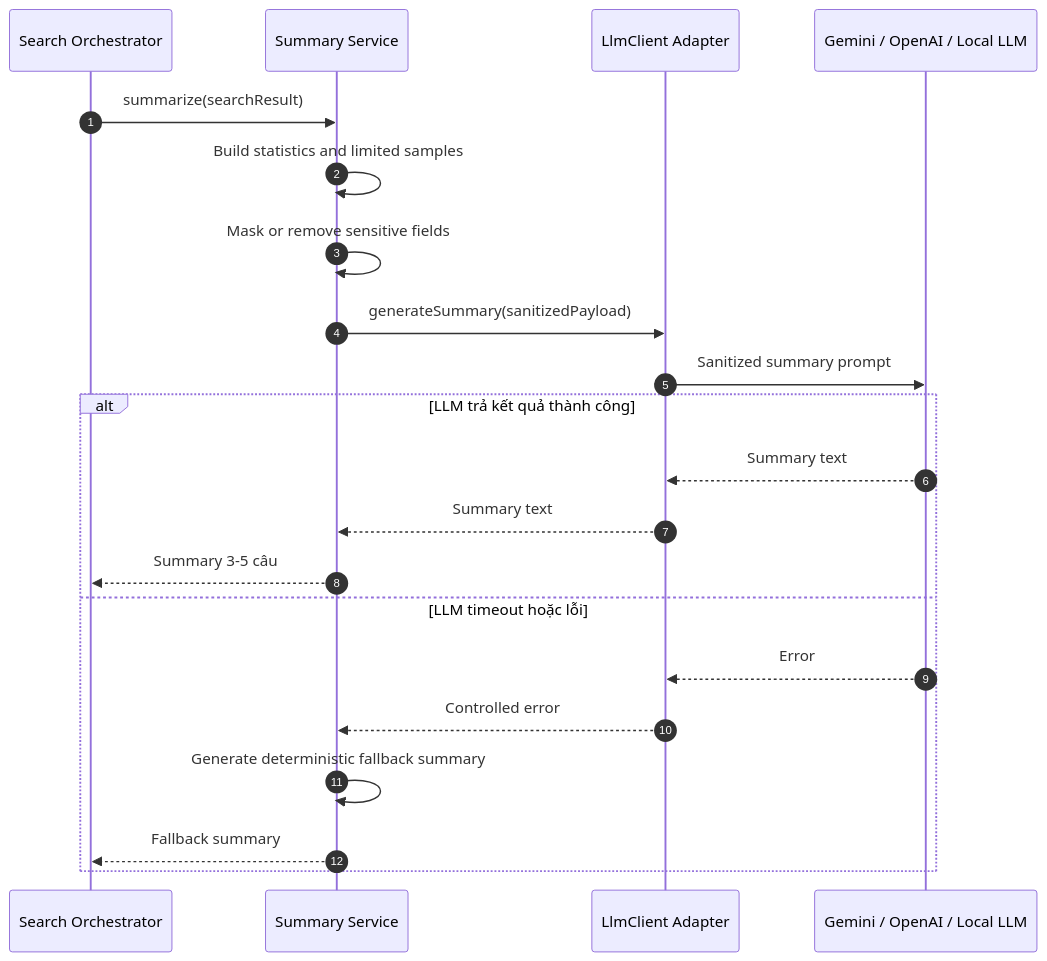
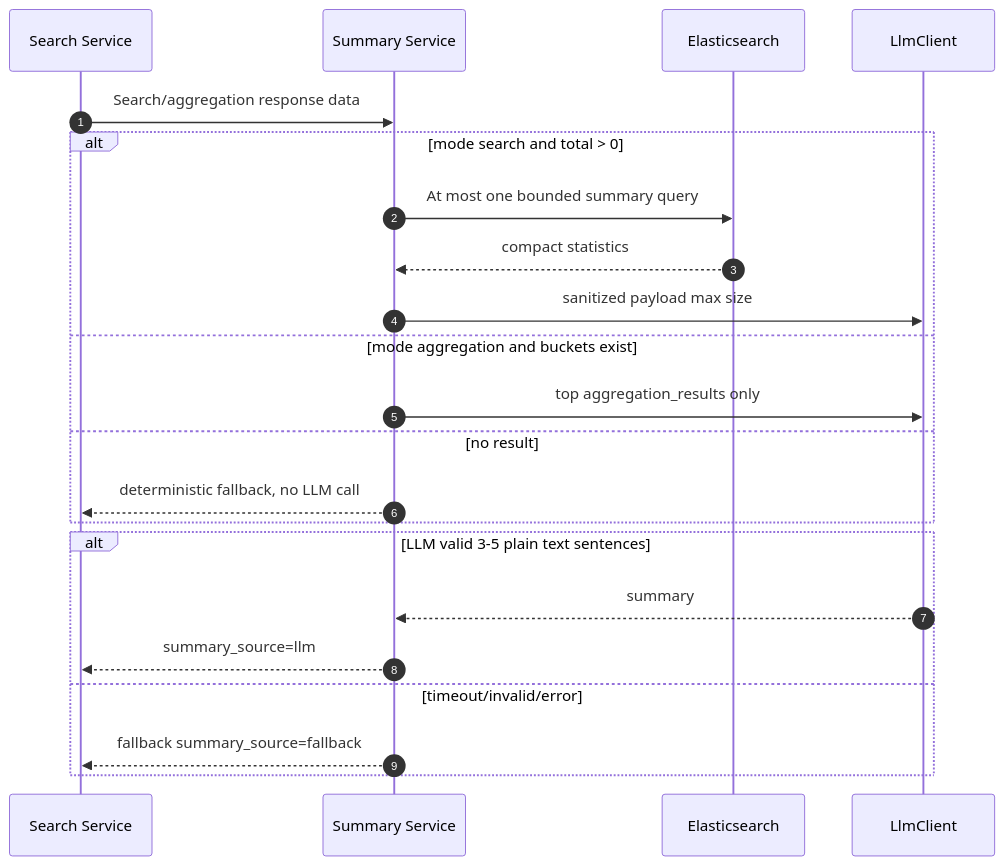
Before and after one commit to PhamVanMinhBinhThuan/soc-ai-search: the seventh of 9 diagrams in docs/sequence-flow.md, drawn with Mermaid. The commit also changed other lines of this file and 5 other files, not shown here.

````diff
--- a/docs/sequence-flow.md
+++ b/docs/sequence-flow.md
@@ -403,25 +242,27 @@
 ```mermaid
 sequenceDiagram
     autonumber
-    participant Search as Search Orchestrator
+    participant Search as Search Service
     participant Summary as Summary Service
-    participant LlmClient as LlmClient Adapter
-    participant LLM as Gemini / OpenAI / Local LLM
+    participant ES as Elasticsearch
+    participant LLM as LlmClient
 
-    Search->>Summary: summarize(searchResult)
-    Summary->>Summary: Build statistics and limited samples
-    Summary->>Summary: Mask or remove sensitive fields
-    Summary->>LlmClient: generateSummary(sanitizedPayload)
-    LlmClient->>LLM: Sanitized summary prompt
+    Search->>Summary: Search/aggregation response data
 
-    alt LLM trả kết quả thành công
-        LLM-->>LlmClient: Summary text
-        LlmClient-->>Summary: Summary text
-        Summary-->>Search: Summary 3-5 câu
-    else LLM timeout hoặc lỗi
-        LLM-->>LlmClient: Error
-        LlmClient-->>Summary: Controlled error
-        Summary->>Summary: Generate deterministic fallback summary
-        Summary-->>Search: Fallback summary
+    alt mode search and total > 0
+        Summary->>ES: At most one bounded summary query
+        ES-->>Summary: compact statistics
+        Summary->>LLM: sanitized payload max size
+    else mode aggregation and buckets exist
+        Summary->>LLM: top aggregation_results only
+    else no result
+        Summary-->>Search: deterministic fallback, no LLM call
+    end
+
+    alt LLM valid 3-5 plain text sentences
+        LLM-->>Summary: summary
+        Summary-->>Search: summary_source=llm
+    else timeout/invalid/error
+        Summary-->>Search: fallback summary_source=fallback
     end
 ```
````
